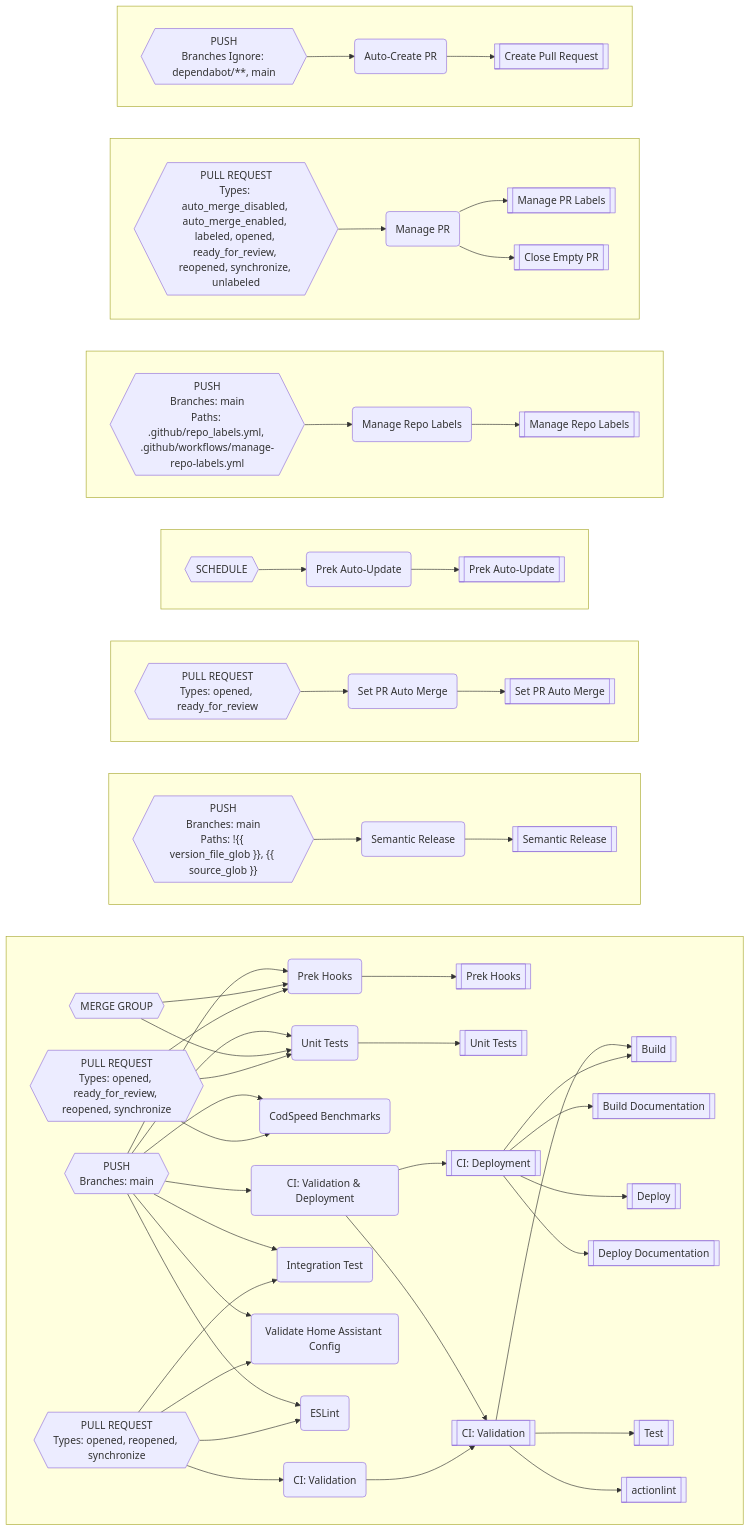
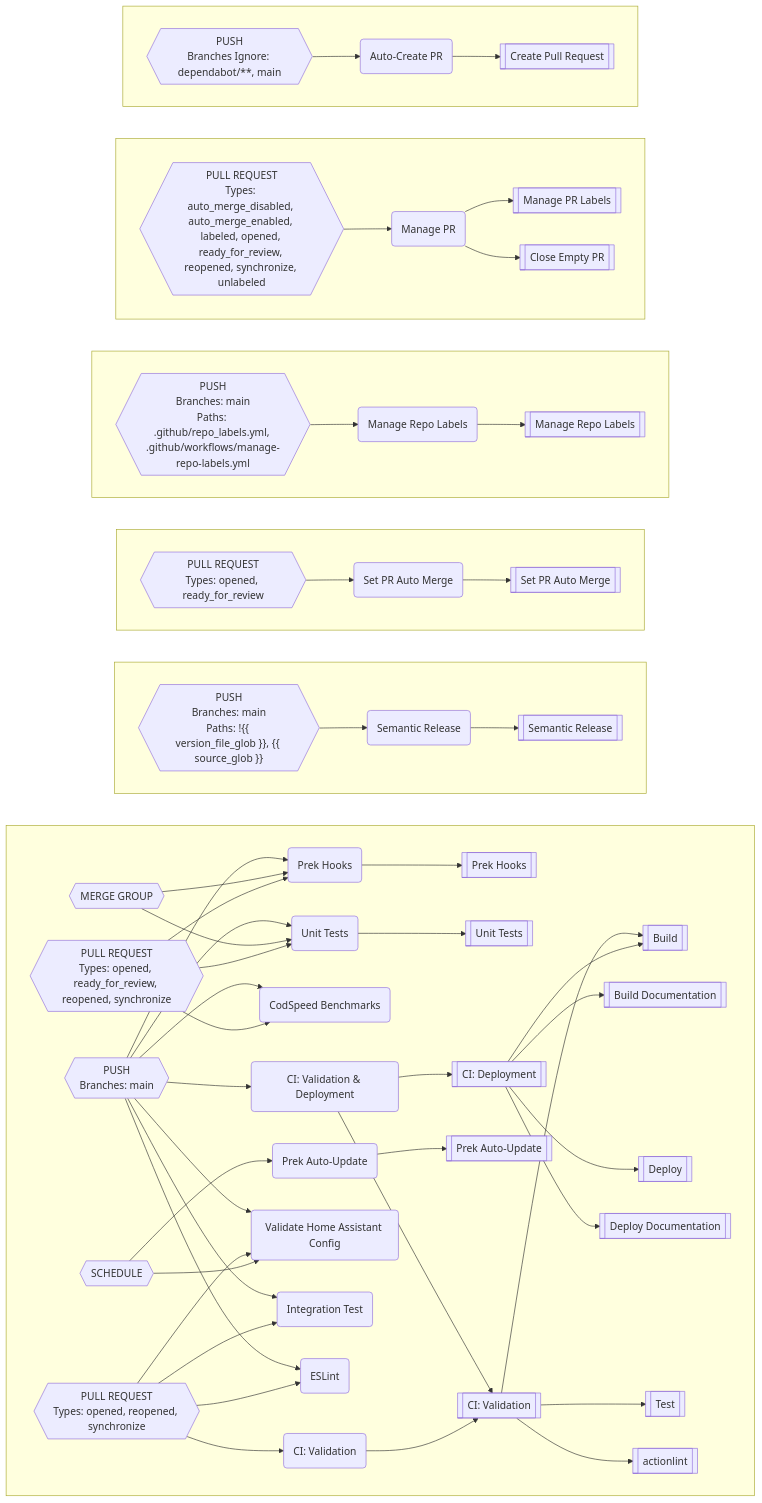
One commit to worganisation/github-config-files changed the diagram in README.md. Above: the diagram before and after it, drawn with Mermaid. The commit also changed 2 other files, not shown here.

Commit message:
ci: reduce self-hosted runner contention (#362)

````diff
--- a/README.md
+++ b/README.md
@@ -413,28 +413,31 @@
 ```mermaid
 flowchart LR
-subgraph EG[" "]
+subgraph EI[" "]
 direction LR
-DK-->DZ
-DK-->DO
-DK-->DJ
-DO-->BC
-DP-->DZ
-DP-->DO
-DZ-->BO
-DF-->V
-DH-->DF
-DH-->CW
-DH-->CQ
-DH-->CM
-DC-->DZ
-DC-->DO
-DC-->DJ
-DC-->DB
-DC-->CW
-DC-->CQ
-DC-->CM
-DB-->V
-DB-->M
+DM-->EB
+DM-->DQ
+DM-->DL
+DQ-->BC
+DR-->EB
+DR-->DQ
+EB-->BO
+DH-->V
+CE-->AZ
+CF-->CQ
+CF-->CE
+DJ-->DH
+DJ-->CY
+DJ-->CQ
+DJ-->CM
+DE-->EB
+DE-->DQ
+DE-->DL
+DE-->DD
+DE-->CY
+DE-->CQ
+DE-->CM
+DD-->V
+DD-->M
 M-->I
 M-->E
 M-->AN
@@ -443,33 +446,28 @@
 V-->BL
 V-->A
 end
-subgraph EH[" "]
+subgraph EJ[" "]
 direction LR
-DV-->DU
-DU-->BF
+DX-->DW
+DW-->BF
 end
-subgraph EI[" "]
+subgraph EK[" "]
 direction LR
 CJ-->CI
 CI-->BI
 end
-subgraph EJ[" "]
-direction LR
-CF-->CE
-CE-->AZ
-end
-subgraph EK[" "]
+subgraph EL[" "]
 direction LR
 CB-->CA
 CA-->AW
 end
-subgraph EL[" "]
+subgraph EM[" "]
 direction LR
 BW-->BV
 BV-->AT
 BV-->AB
 end
-subgraph EM[" "]
+subgraph EN[" "]
 direction LR
 BS-->BR
 BR-->AF
@@ -508,27 +506,27 @@
 "}}
 CM("ESLint")
 CQ("Validate Home Assistant Config")
-CW("Integration Test")
-DB("CI: Validation & Deployment")
-DC{{"PUSH
+CY("Integration Test")
+DD("CI: Validation & Deployment")
+DE{{"PUSH
 Branches: main
 "}}
-DF("CI: Validation")
-DH{{"PULL REQUEST
+DH("CI: Validation")
+DJ{{"PULL REQUEST
 Types: opened, reopened, synchronize
 "}}
-DJ("CodSpeed Benchmarks")
-DK{{"PULL REQUEST
+DL("CodSpeed Benchmarks")
+DM{{"PULL REQUEST
 Types: opened, ready_for_review, reopened, synchronize
 "}}
-DO("Prek Hooks")
-DP{{"MERGE GROUP"}}
-DU("Semantic Release")
-DV{{"PUSH
+DQ("Prek Hooks")
+DR{{"MERGE GROUP"}}
+DW("Semantic Release")
+DX{{"PUSH
 Branches: main
 Paths: !{{ version_file_glob }}, {{ source_glob }}
 "}}
-DZ("Unit Tests")
+EB("Unit Tests")
 E[["Build Documentation"]]
 I[["Build"]]
 M[["CI: Deployment"]]
````
